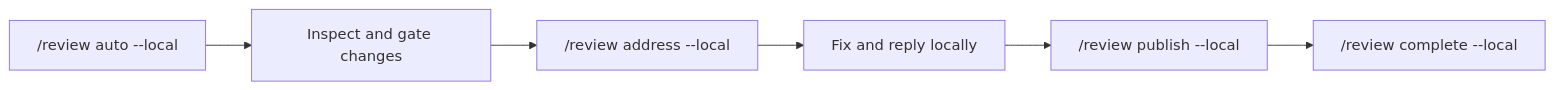
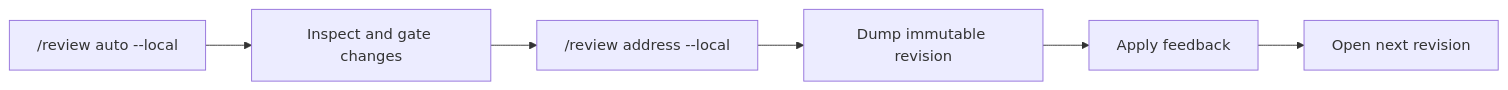
The first of 2 diagrams in docs/user-guide.md (difflab-io/diffpi), drawn with Mermaid before and after one commit. The commit also changed other lines of this file and 51 other files, not shown here.

Commit message:
feat(review): simplify local review revisions

````diff
--- a/docs/user-guide.md
+++ b/docs/user-guide.md
@@ -88,8 +88,8 @@
 ```mermaid
 flowchart LR
   A["/review auto --local"] --> B[Inspect and gate changes]
   B --> C["/review address --local"]
-  C --> D[Fix and reply locally]
-  D --> E["/review publish --local"]
-  E --> F["/review complete --local"]
+  C --> D[Dump immutable revision]
+  D --> E[Apply feedback]
+  E --> F[Open next revision]
 ```
````
